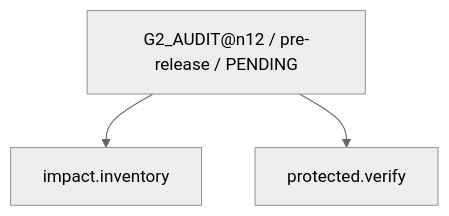
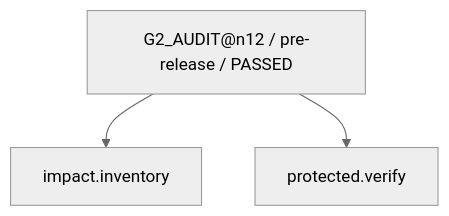
Diagram 41 of 45 in work/items/W-MATH-036-ne02-n11-n12-guided-design/generated/CAPABILITY_FIRE_DIAGRAM.md (rrikunagasige-dot/kyotsu-step-web), drawn with Mermaid (neutral theme) before and after one commit. The commit also changed other lines of this file and 135 other files, not shown here.

````diff
--- a/work/items/W-MATH-036-ne02-n11-n12-guided-design/generated/CAPABILITY_FIRE_DIAGRAM.md
+++ b/work/items/W-MATH-036-ne02-n11-n12-guided-design/generated/CAPABILITY_FIRE_DIAGRAM.md
@@ -645,8 +645,8 @@
 ```mermaid
 flowchart TD
-  N0["G2_AUDIT@n12 / pre-release / PENDING"]
+  N0["G2_AUDIT@n12 / pre-release / PASSED"]
   N1["protected.verify"]
   N2["impact.inventory"]
   N0 --> N2
   N0 --> N1
 ```
````
